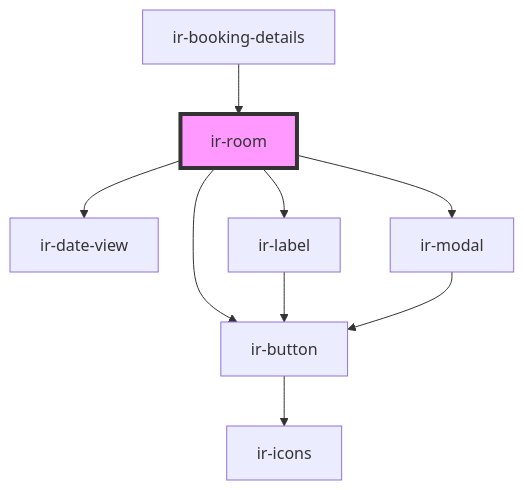
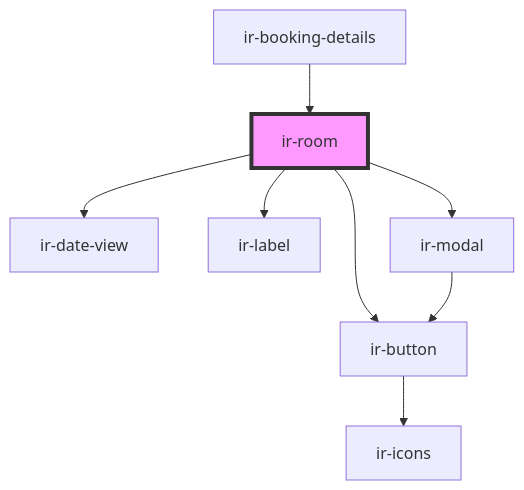
One commit to RonyRizk/ir-webcmp changed the diagram in src/components/ir-booking-details/ir-room/readme.md. Above: the diagram before and after it, drawn with Mermaid. The commit also changed other lines of this file and 88 other files, not shown here.

````diff
--- a/src/components/ir-booking-details/ir-room/readme.md
+++ b/src/components/ir-booking-details/ir-room/readme.md
@@ -53,12 +51,11 @@
 ```mermaid
 graph TD;
   ir-room --> ir-button
   ir-room --> ir-date-view
   ir-room --> ir-label
   ir-room --> ir-modal
   ir-button --> ir-icons
-  ir-label --> ir-button
   ir-modal --> ir-button
   ir-booking-details --> ir-room
   style ir-room fill:#f9f,stroke:#333,stroke-width:4px
 ```
````
